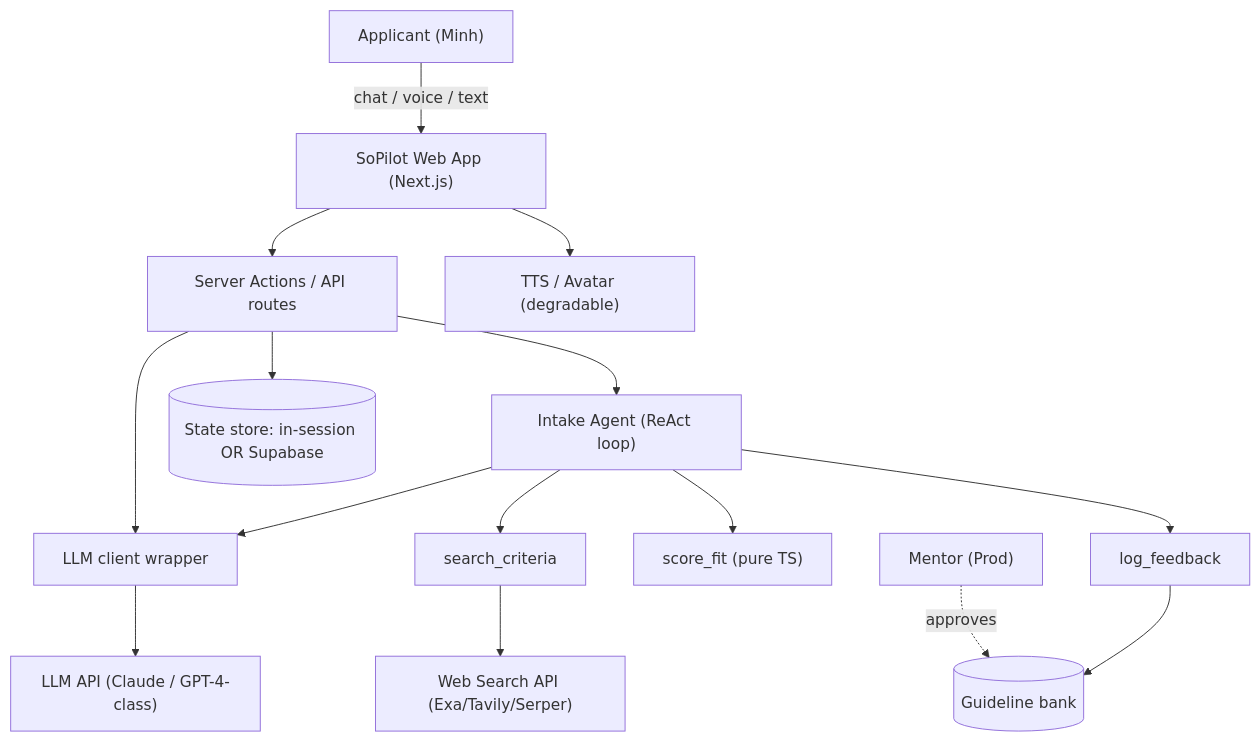
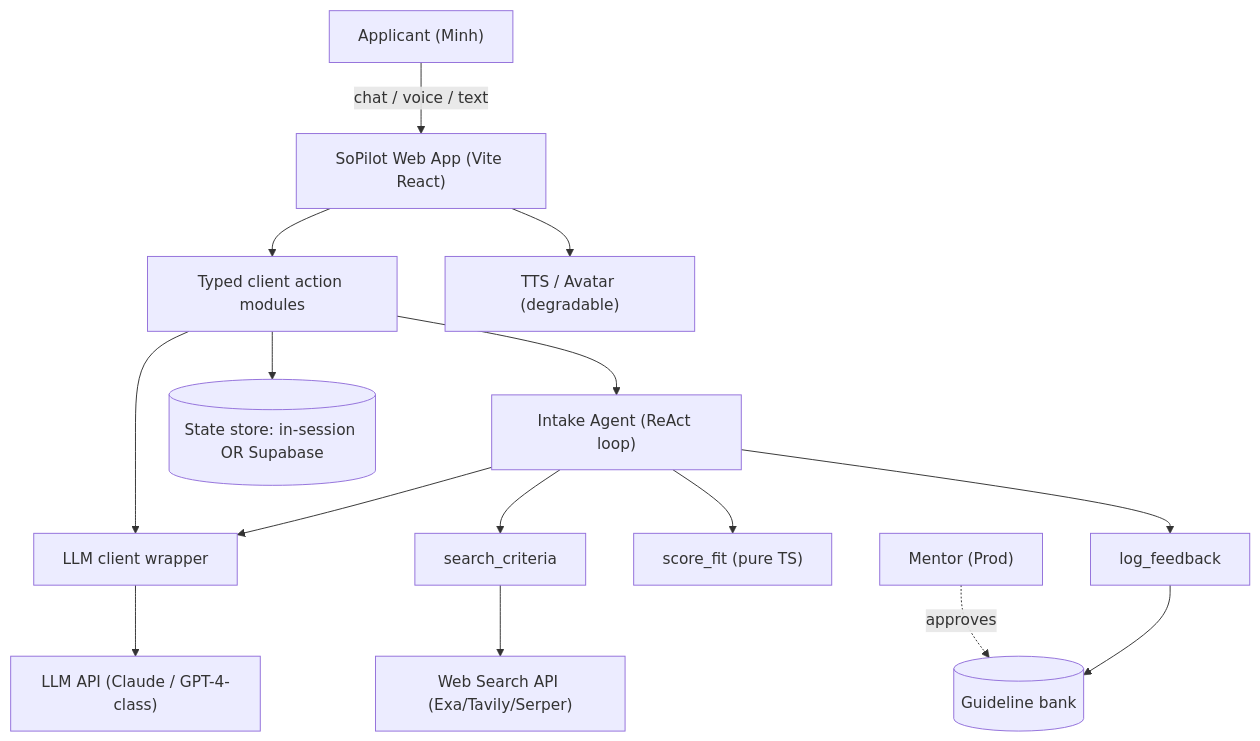
One commit to leduc-anh/codex-hackathon changed the first of 4 diagrams in docs/ARCHITECTURE.md. Above: the diagram before and after it, drawn with Mermaid. The commit also changed other lines of this file and 17 other files, not shown here.

````diff
--- a/docs/ARCHITECTURE.md
+++ b/docs/ARCHITECTURE.md
@@ -9,17 +9,17 @@
 ```mermaid
 flowchart TB
-  U["Applicant (Minh)"] -->|chat / voice / text| FE["SoPilot Web App (Next.js)"]
-  FE --> API["Server Actions / API routes"]
+  U["Applicant (Minh)"] -->|chat / voice / text| FE["SoPilot Web App (Vite React)"]
+  FE --> API["Typed client action modules"]
   API --> AGENT["Intake Agent (ReAct loop)"]
   API --> LLM["LLM client wrapper"]
   AGENT --> LLM
   LLM --> P["LLM API (Claude / GPT-4-class)"]
   AGENT --> T1["search_criteria"]
   AGENT --> T2["score_fit (pure TS)"]
   AGENT --> T3["log_feedback"]
   T1 --> SAPI["Web Search API (Exa/Tavily/Serper)"]
   FE --> TTS["TTS / Avatar (degradable)"]
   API --> DB[("State store: in-session OR Supabase")]
   MENTOR["Mentor (Prod)"] -.approves.-> GB[("Guideline bank")]
   T3 --> GB
 ```
````
